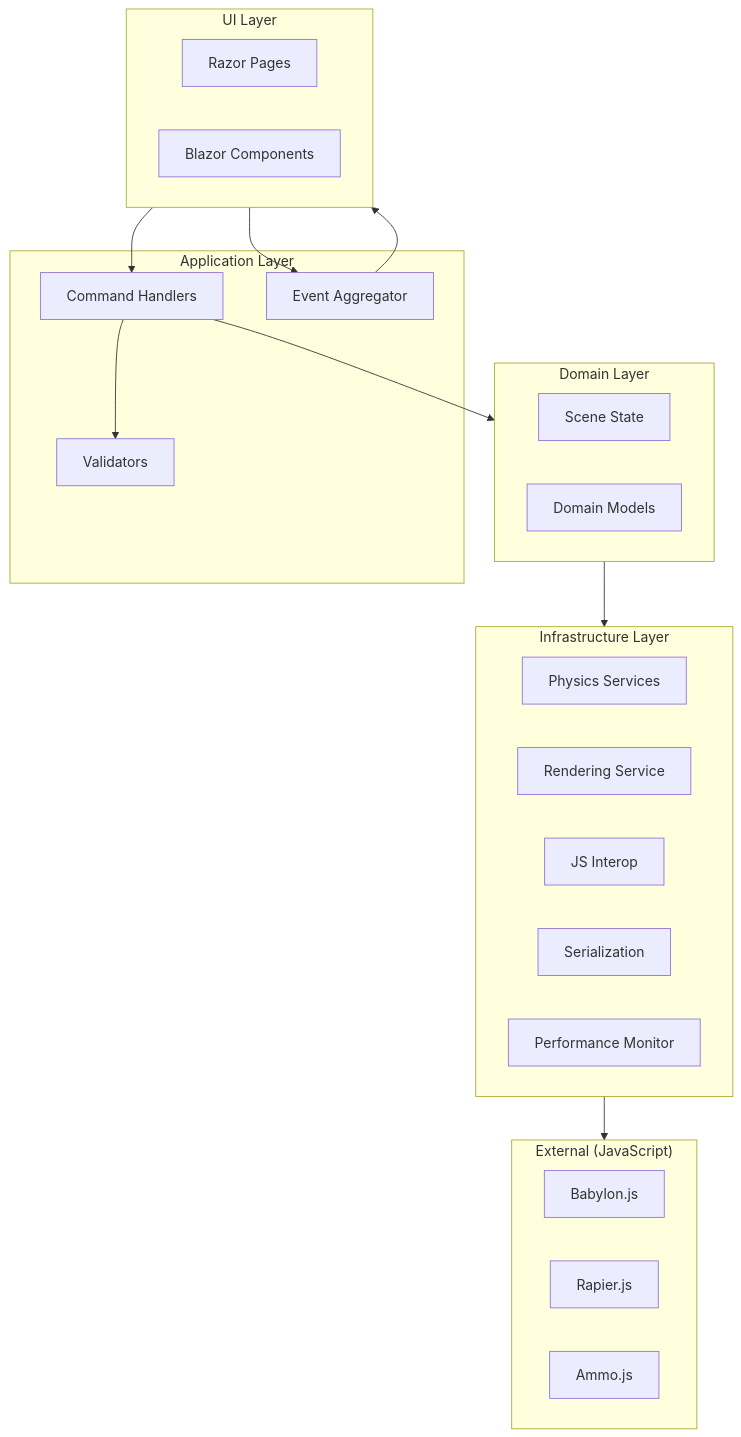
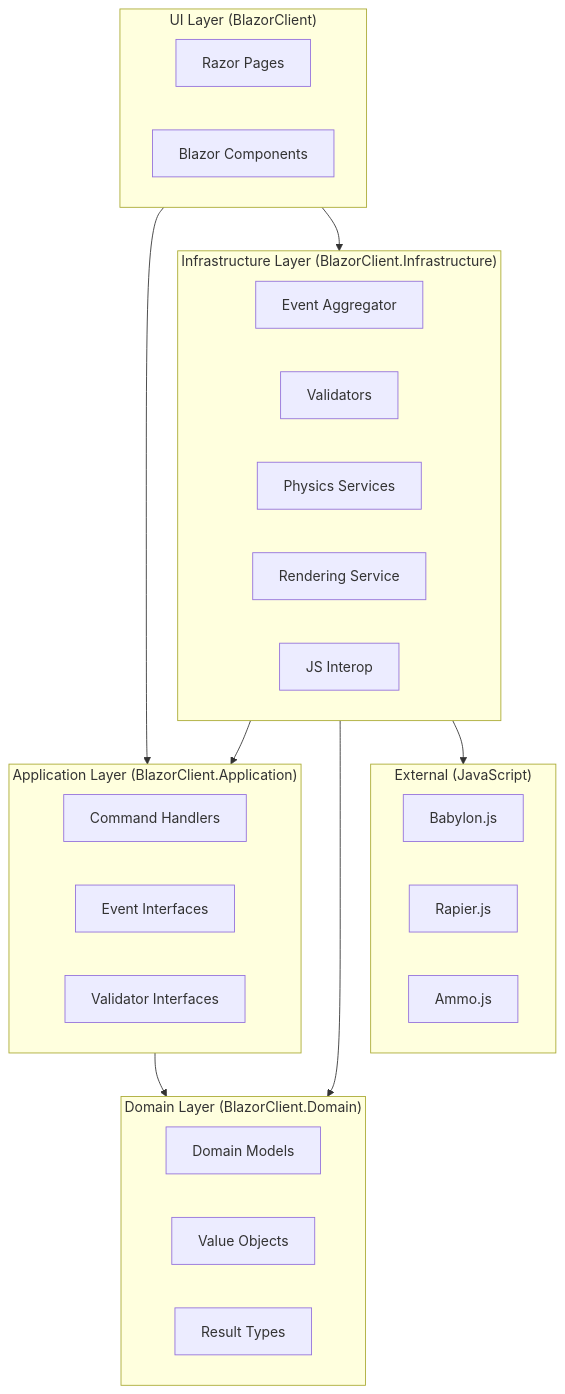
One commit to svgorkom/Blazor3DPhysics changed the first of 3 diagrams in blazor-3d-bounce/docs/architecture.md. Above: the diagram before and after it, drawn with Mermaid. The commit also changed other lines of this file and 59 other files, not shown here.

````diff
--- a/blazor-3d-bounce/docs/architecture.md
+++ b/blazor-3d-bounce/docs/architecture.md
@@ -29,40 +78,40 @@
 ```mermaid
 flowchart TB
-    subgraph UI["UI Layer"]
+    subgraph UI["UI Layer (BlazorClient)"]
         Pages[Razor Pages]
         Components[Blazor Components]
     end
 
-    subgraph Application["Application Layer"]
+    subgraph Application["Application Layer (BlazorClient.Application)"]
         Commands[Command Handlers]
-        Events[Event Aggregator]
-        Validation[Validators]
+        Events[Event Interfaces]
+        Validation[Validator Interfaces]
     end
 
-    subgraph Domain["Domain Layer"]
-        SceneState[Scene State]
+    subgraph Domain["Domain Layer (BlazorClient.Domain)"]
         Models[Domain Models]
+        ValueObjects[Value Objects]
+        Results[Result Types]
     end
 
-    subgraph Infrastructure["Infrastructure Layer"]
+    subgraph Infrastructure["Infrastructure Layer (BlazorClient.Infrastructure)"]
+        EventImpl[Event Aggregator]
+        ValidatorImpl[Validators]
         Physics[Physics Services]
         Rendering[Rendering Service]
         Interop[JS Interop]
-        Serialization[Serialization]
-        Performance[Performance Monitor]
     end
 
     subgraph External["External (JavaScript)"]
         Babylon[Babylon.js]
         Rapier[Rapier.js]
         Ammo[Ammo.js]
     end
 
-    UI --> Commands
-    UI --> Events
-    Commands --> Domain
-    Commands --> Validation
-    Events --> UI
-    Domain --> Infrastructure
+    UI --> Application
+    UI --> Infrastructure
+    Application --> Domain
+    Infrastructure --> Application
+    Infrastructure --> Domain
     Infrastructure --> External
 ```
````
